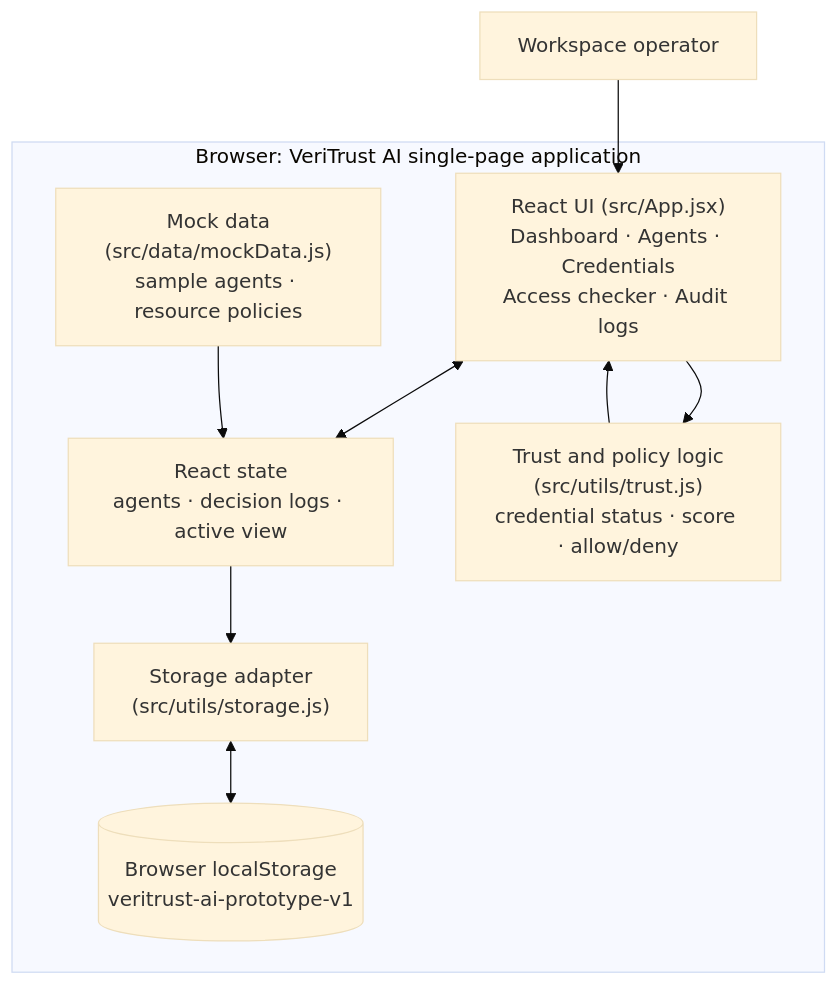
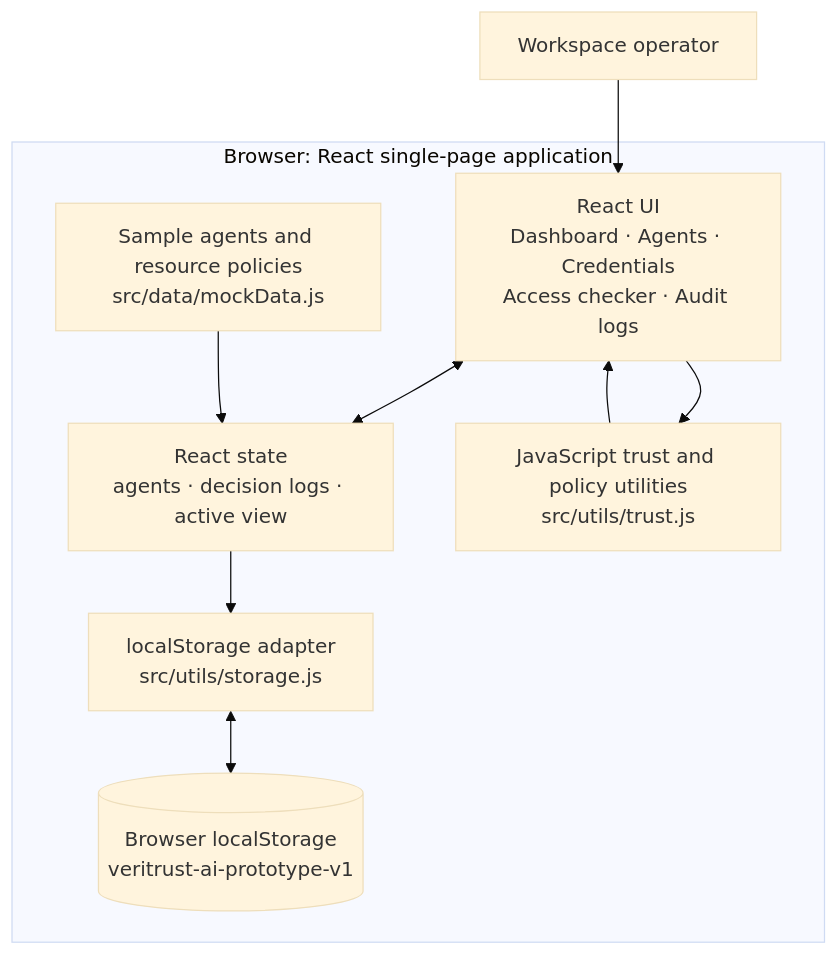
The third of 4 diagrams in README.md (Pre1102/Btech-Project), drawn with Mermaid (base theme) before and after one commit. The commit also changed other lines of this file, not shown here.

Commit message:
Document synopsis-aligned architecture

````diff
--- a/README.md
+++ b/README.md
@@ -74,19 +178,19 @@
 ```mermaid
 flowchart TD
-    User[Workspace operator]
-    subgraph Browser["Browser: VeriTrust AI single-page application"]
-        UI["React UI (src/App.jsx)<br/>Dashboard · Agents · Credentials<br/>Access checker · Audit logs"]
+    Operator["Workspace operator"]
+    subgraph Browser["Browser: React single-page application"]
+        UI["React UI<br/>Dashboard · Agents · Credentials<br/>Access checker · Audit logs"]
         State["React state<br/>agents · decision logs · active view"]
-        Storage["Storage adapter<br/>(src/utils/storage.js)"]
+        Mock["Sample agents and resource policies<br/>src/data/mockData.js"]
+        Logic["JavaScript trust and policy utilities<br/>src/utils/trust.js"]
+        Adapter["localStorage adapter<br/>src/utils/storage.js"]
         LocalStorage[("Browser localStorage<br/>veritrust-ai-prototype-v1")]
-        Mock["Mock data<br/>(src/data/mockData.js)<br/>sample agents · resource policies"]
-        Logic["Trust and policy logic<br/>(src/utils/trust.js)<br/>credential status · score · allow/deny"]
     end
-    User --> UI
+    Operator --> UI
     UI <--> State
     Mock --> State
     UI --> Logic
     Logic --> UI
-    State --> Storage
-    Storage <--> LocalStorage
+    State --> Adapter
+    Adapter <--> LocalStorage
 ```
````
